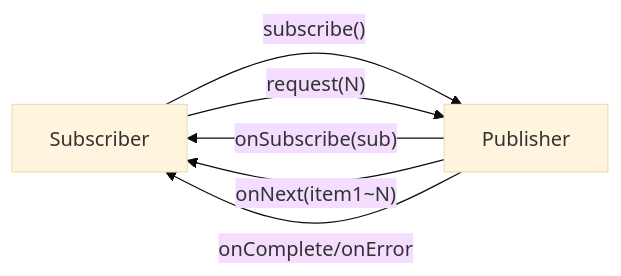
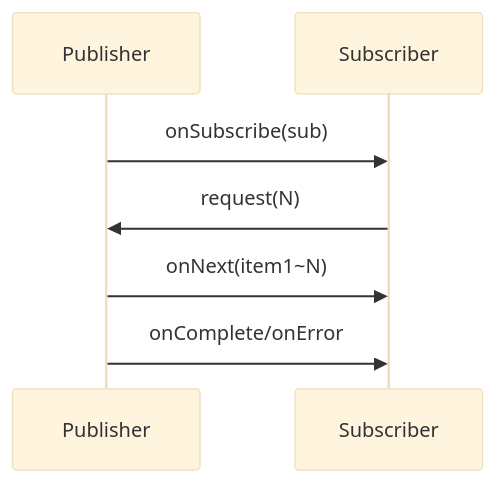
Before and after one commit to yjkim2015/yjkim2015.github.io: the third of 9 diagrams in _posts/spring/2026-05-01-spring-webflux.md, drawn with Mermaid (base theme). The commit also changed 89 other files, not shown here.

First line of the commit message:
복잡한 flowchart 163개 → sequenceDiagram 변환 (90파일)

````diff
--- a/_posts/spring/2026-05-01-spring-webflux.md
+++ b/_posts/spring/2026-05-01-spring-webflux.md
@@ -103,8 +103,7 @@
 ```mermaid
-graph LR
-    S["Subscriber"] -->|"subscribe()"| P["Publisher"]
-    P -->|"onSubscribe(sub)"| S
-    S -->|"request(N)"| P
-    P -->|"onNext(item1~N)"| S
-    P -->|"onComplete/onError"| S
+sequenceDiagram
+    Publisher->>Subscriber: onSubscribe(sub)
+    Subscriber->>Publisher: request(N)
+    Publisher->>Subscriber: onNext(item1~N)
+    Publisher->>Subscriber: onComplete/onError
 ```
````
